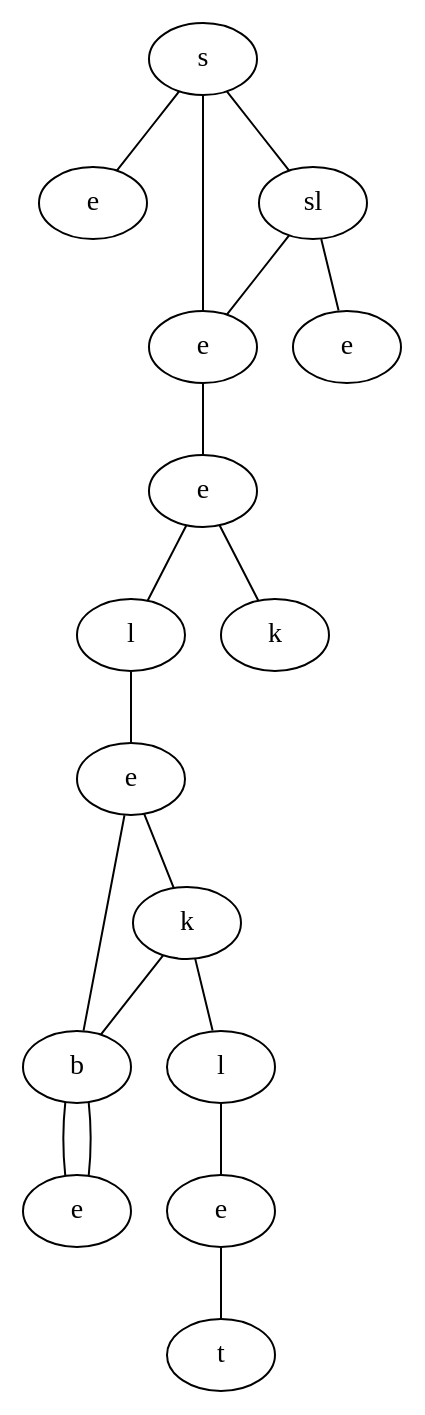
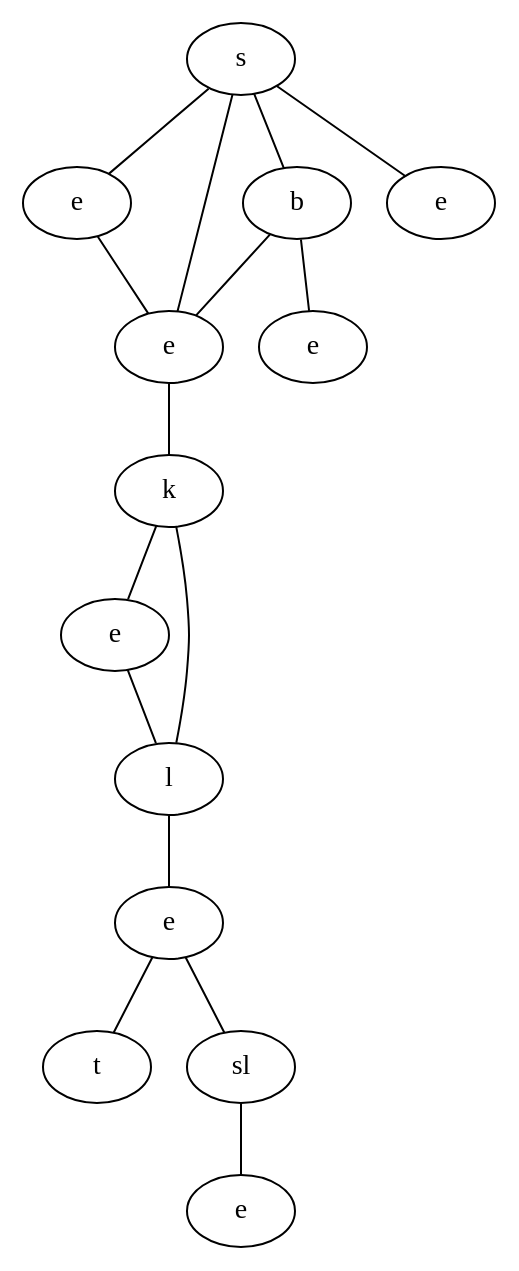
One commit to schrum2/MM-NEAT changed the diagram in data/VGLC/graph.dot. Above: the diagram before and after it, drawn with Graphviz. The commit also changed 8 other files, not shown here.

```diff
--- a/data/VGLC/graph.dot
+++ b/data/VGLC/graph.dot
@@ -1,34 +1,30 @@
 graph {
-TLxh[label="s"]
-Aymp[label="e"]
-eNHC[label="sl"]
-eeeW[label="e"]
-fQYC[label="e"]
-KPAp[label="e"]
-EkXS[label="l"]
-MkkU[label="k"]
-fenp[label="e"]
-bSFO[label="k"]
-ukFG[label="b"]
-IYsw[label="l"]
-QApU[label="e"]
-vlWz[label="e"]
-PsPe[label="t"]
-TLxh -- Aymp
-TLxh -- eNHC
-TLxh -- eeeW
-eNHC -- eeeW
-eNHC -- fQYC
-eeeW -- KPAp
-KPAp -- EkXS
-KPAp -- MkkU
-EkXS -- fenp
-fenp -- bSFO
-fenp -- ukFG
-bSFO -- IYsw
-bSFO -- ukFG
-ukFG -- QApU
-IYsw -- vlWz
-ukFG -- QApU
-vlWz -- PsPe
+rINX[label="s"]
+Vgnd[label="b"]
+KyTP[label="e"]
+mdzd[label="e"]
+mpDO[label="e"]
+wfda[label="e"]
+hDqu[label="k"]
+BVxa[label="e"]
+zHdN[label="l"]
+aNEZ[label="e"]
+NIoQ[label="t"]
+GVNB[label="sl"]
+YCQJ[label="e"]
+rINX -- Vgnd
+rINX -- KyTP
+rINX -- mdzd
+rINX -- mpDO
+Vgnd -- wfda
+Vgnd -- mdzd
+KyTP -- mdzd
+mdzd -- hDqu
+hDqu -- BVxa
+hDqu -- zHdN
+BVxa -- zHdN
+zHdN -- aNEZ
+aNEZ -- NIoQ
+aNEZ -- GVNB
+GVNB -- YCQJ
 }
```
